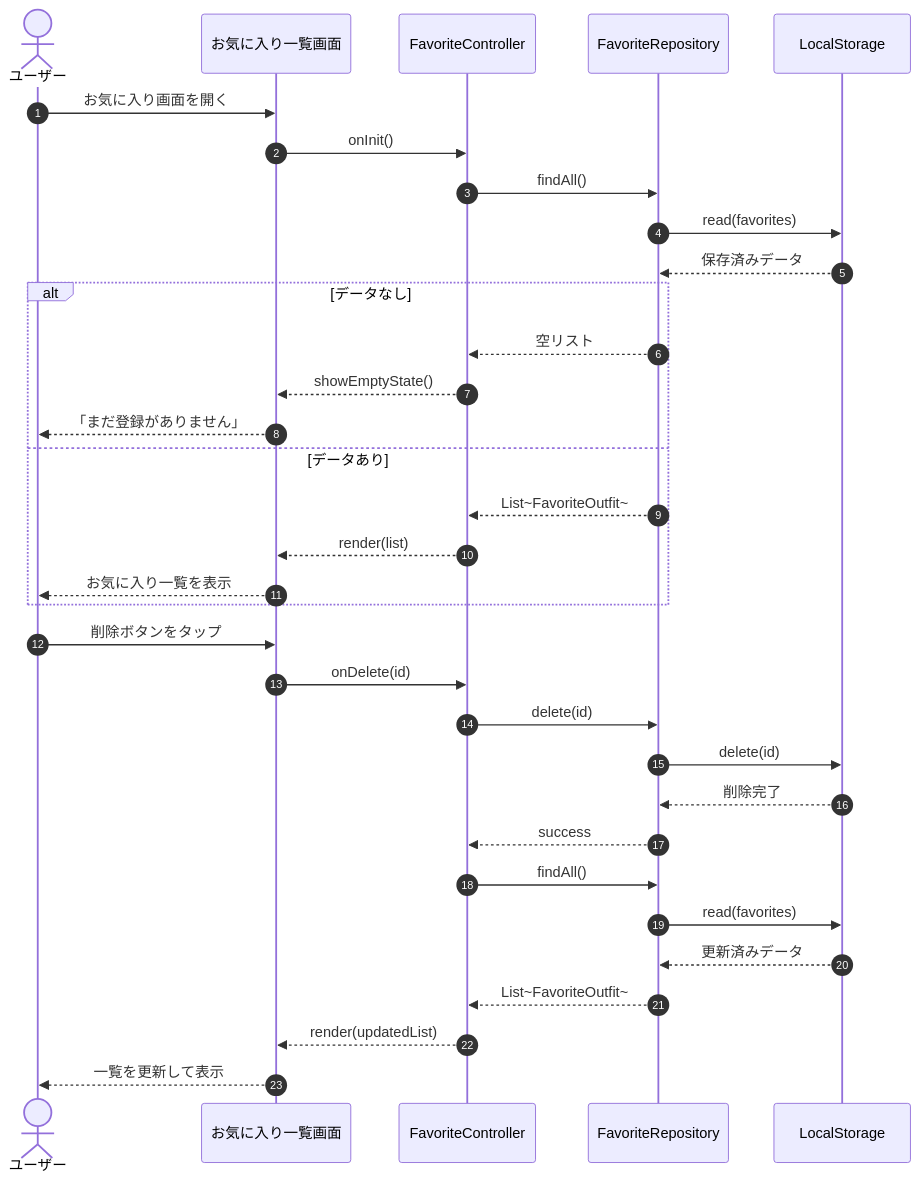
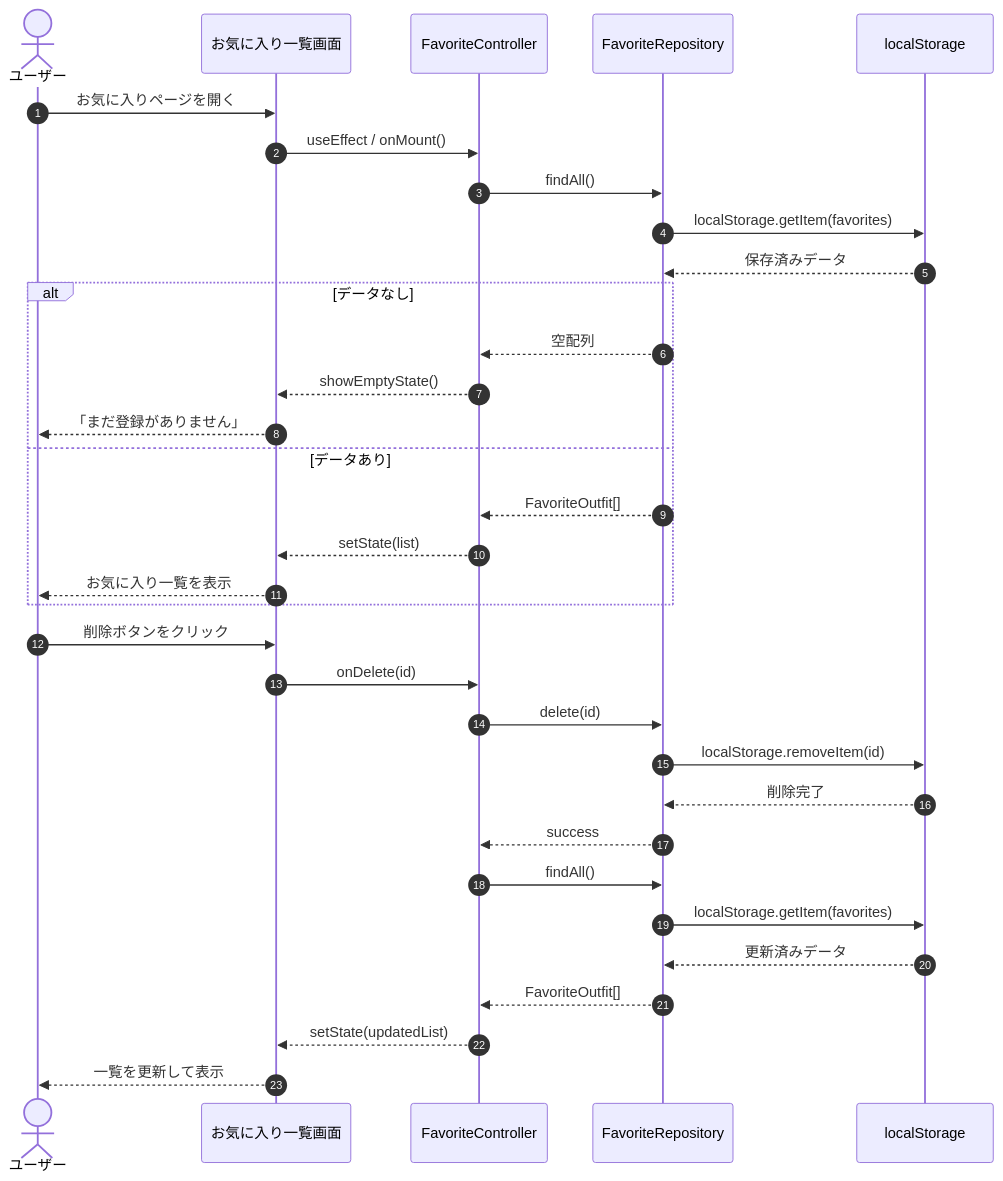
The fifth of 8 diagrams in README.md (tsukushi-81/apri), drawn with Mermaid before and after one commit. The commit also changed other lines of this file, not shown here.

````diff
--- a/README.md
+++ b/README.md
@@ -370,36 +422,36 @@
 ```mermaid
 sequenceDiagram
   autonumber
   actor User as ユーザー
   participant UI as お気に入り一覧画面
   participant Ctrl as FavoriteController
   participant Repo as FavoriteRepository
-  participant DB as LocalStorage
+  participant DB as localStorage
 
-  User->>UI: お気に入り画面を開く
-  UI->>Ctrl: onInit()
+  User->>UI: お気に入りページを開く
+  UI->>Ctrl: useEffect / onMount()
   Ctrl->>Repo: findAll()
-  Repo->>DB: read(favorites)
+  Repo->>DB: localStorage.getItem(favorites)
   DB-->>Repo: 保存済みデータ
   alt データなし
-    Repo-->>Ctrl: 空リスト
+    Repo-->>Ctrl: 空配列
     Ctrl-->>UI: showEmptyState()
     UI-->>User: 「まだ登録がありません」
   else データあり
-    Repo-->>Ctrl: List~FavoriteOutfit~
-    Ctrl-->>UI: render(list)
+    Repo-->>Ctrl: FavoriteOutfit[]
+    Ctrl-->>UI: setState(list)
     UI-->>User: お気に入り一覧を表示
   end
-  User->>UI: 削除ボタンをタップ
+  User->>UI: 削除ボタンをクリック
   UI->>Ctrl: onDelete(id)
   Ctrl->>Repo: delete(id)
-  Repo->>DB: delete(id)
+  Repo->>DB: localStorage.removeItem(id)
   DB-->>Repo: 削除完了
   Repo-->>Ctrl: success
   Ctrl->>Repo: findAll()
-  Repo->>DB: read(favorites)
+  Repo->>DB: localStorage.getItem(favorites)
   DB-->>Repo: 更新済みデータ
-  Repo-->>Ctrl: List~FavoriteOutfit~
-  Ctrl-->>UI: render(updatedList)
+  Repo-->>Ctrl: FavoriteOutfit[]
+  Ctrl-->>UI: setState(updatedList)
   UI-->>User: 一覧を更新して表示
 ```
````
